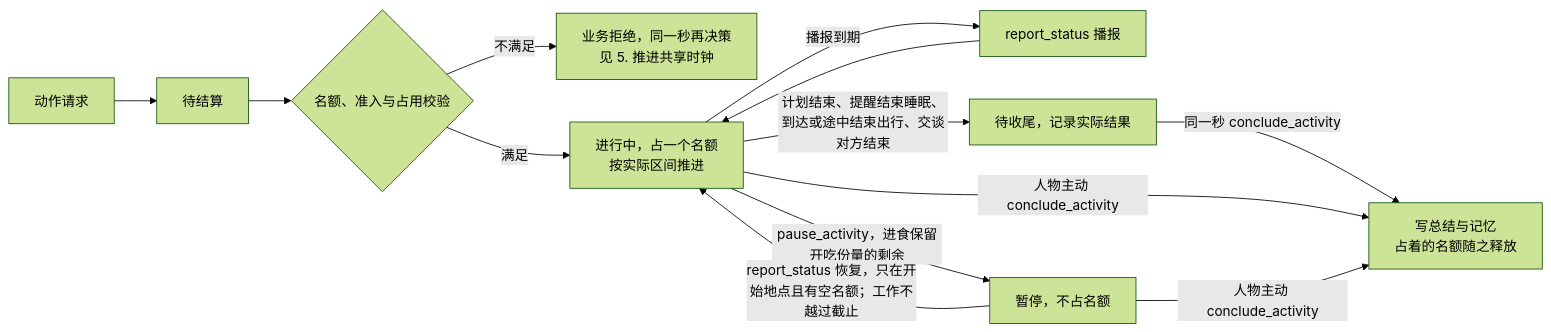
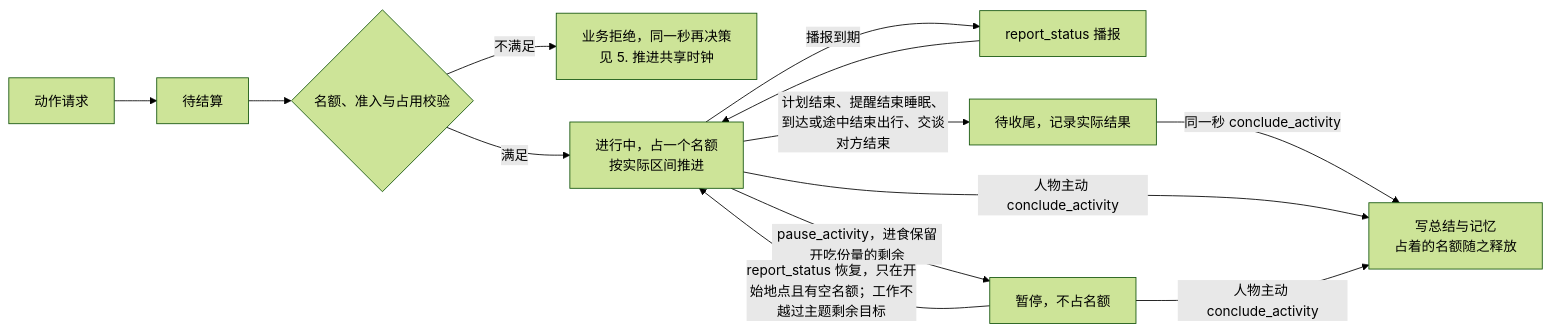
One commit to HoldThatThgt/WorldMock changed the sixth of 11 diagrams in docs/design/04-simulation-engine.md. Above: the diagram before and after it, drawn with Mermaid (forest theme). The commit also changed other lines of this file and 236 other files, not shown here.

````diff
--- a/docs/design/04-simulation-engine.md
+++ b/docs/design/04-simulation-engine.md
@@ -666,15 +625,15 @@
 ```mermaid
 flowchart LR
     R[动作请求] --> Q[待结算]
     Q --> V{名额、准入与占用校验}
     V -->|不满足| J[业务拒绝，同一秒再决策<br/>见 5. 推进共享时钟]
     V -->|满足| A[进行中，占一个名额<br/>按实际区间推进]
     A -->|播报到期| B[report_status 播报]
     B --> A
     A -->|pause_activity，进食保留开吃份量的剩余| PZ[暂停，不占名额]
-    PZ -->|report_status 恢复，只在开始地点且有空名额；工作不越过截止| A
+    PZ -->|report_status 恢复，只在开始地点且有空名额；工作不越过主题剩余目标| A
     A -->|计划结束、提醒结束睡眠、到达或途中结束出行、交谈对方结束| E[待收尾，记录实际结果]
     E -->|同一秒 conclude_activity| C[写总结与记忆<br/>占着的名额随之释放]
     A -->|人物主动 conclude_activity| C
     PZ -->|人物主动 conclude_activity| C
 ```
````
